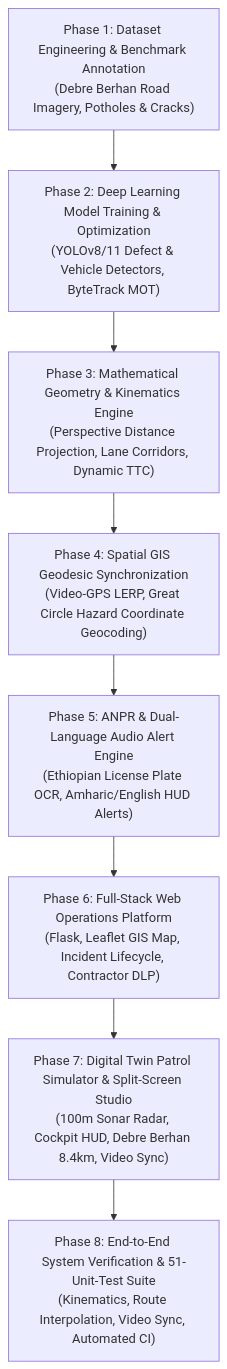
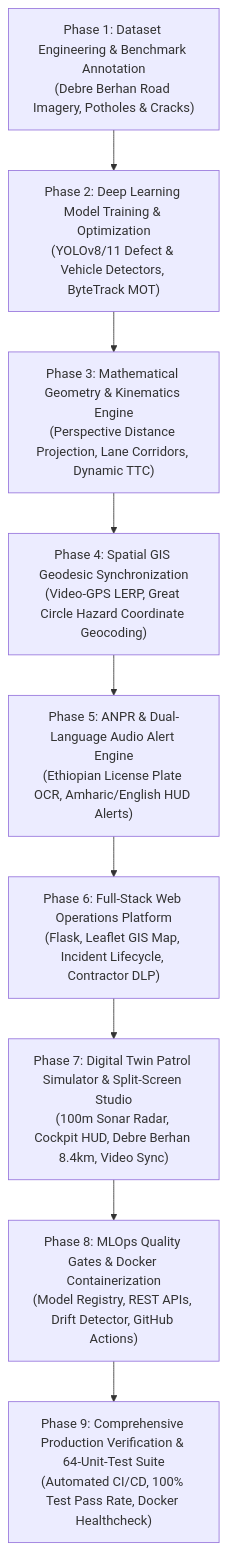
The first of 3 diagrams in docs/project_proposal.md (haile6/intelligent-road-monitoring-system), drawn with Mermaid before and after one commit. The commit also changed other lines of this file, not shown here.

Commit message:
docs(proposal): integrate MLOps, production AI engineering, Docker, CI/CD, and CLO curriculum alignment

````diff
--- a/docs/project_proposal.md
+++ b/docs/project_proposal.md
@@ -246,13 +255,14 @@
 ```mermaid
 flowchart TD
     M1["Phase 1: Dataset Engineering & Benchmark Annotation\n(Debre Berhan Road Imagery, Potholes & Cracks)"]
     M2["Phase 2: Deep Learning Model Training & Optimization\n(YOLOv8/11 Defect & Vehicle Detectors, ByteTrack MOT)"]
     M3["Phase 3: Mathematical Geometry & Kinematics Engine\n(Perspective Distance Projection, Lane Corridors, Dynamic TTC)"]
     M4["Phase 4: Spatial GIS Geodesic Synchronization\n(Video-GPS LERP, Great Circle Hazard Coordinate Geocoding)"]
     M5["Phase 5: ANPR & Dual-Language Audio Alert Engine\n(Ethiopian License Plate OCR, Amharic/English HUD Alerts)"]
     M6["Phase 6: Full-Stack Web Operations Platform\n(Flask, Leaflet GIS Map, Incident Lifecycle, Contractor DLP)"]
     M7["Phase 7: Digital Twin Patrol Simulator & Split-Screen Studio\n(100m Sonar Radar, Cockpit HUD, Debre Berhan 8.4km, Video Sync)"]
-    M8["Phase 8: End-to-End System Verification & 51-Unit-Test Suite\n(Kinematics, Route Interpolation, Video Sync, Automated CI)"]
+    M8["Phase 8: MLOps Quality Gates & Docker Containerization\n(Model Registry, REST APIs, Drift Detector, GitHub Actions)"]
+    M9["Phase 9: Comprehensive Production Verification & 64-Unit-Test Suite\n(Automated CI/CD, 100% Test Pass Rate, Docker Healthcheck)"]
 
-    M1 --> M2 --> M3 --> M4 --> M5 --> M6 --> M7 --> M8
+    M1 --> M2 --> M3 --> M4 --> M5 --> M6 --> M7 --> M8 --> M9
 ```
````
